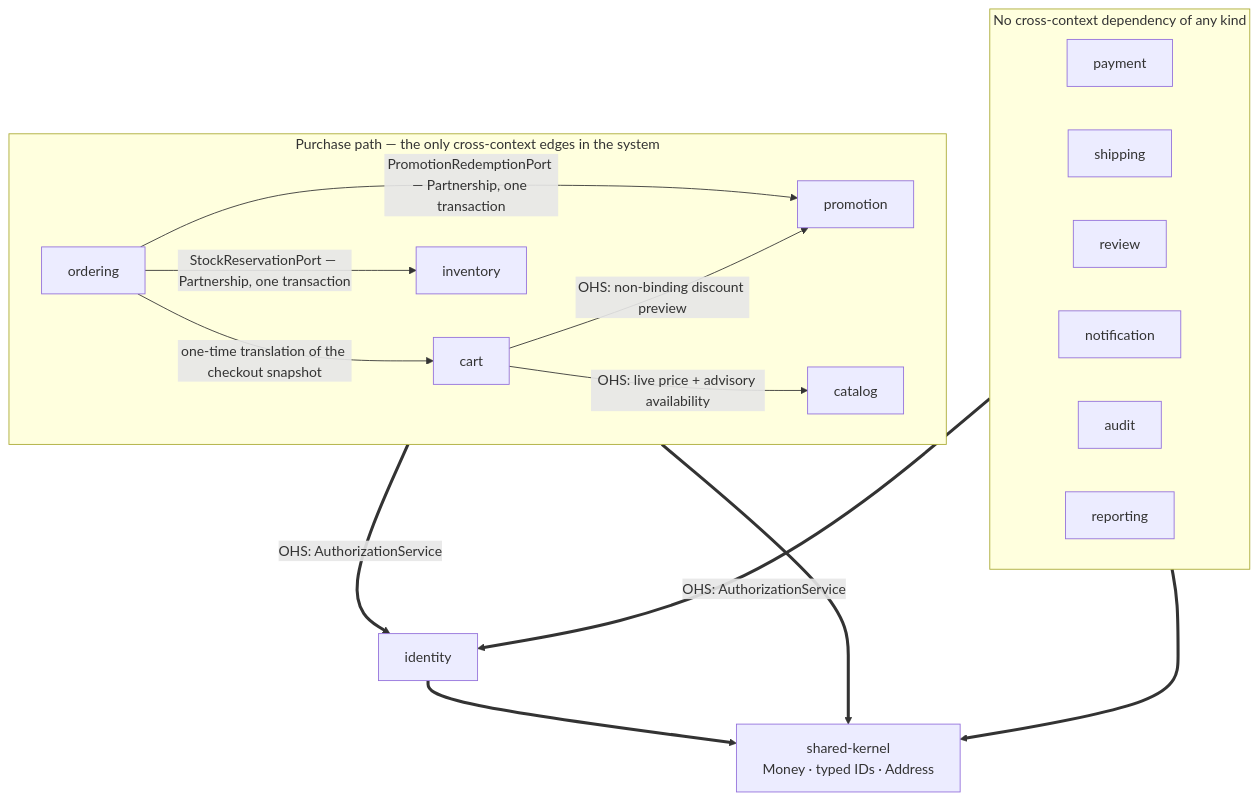
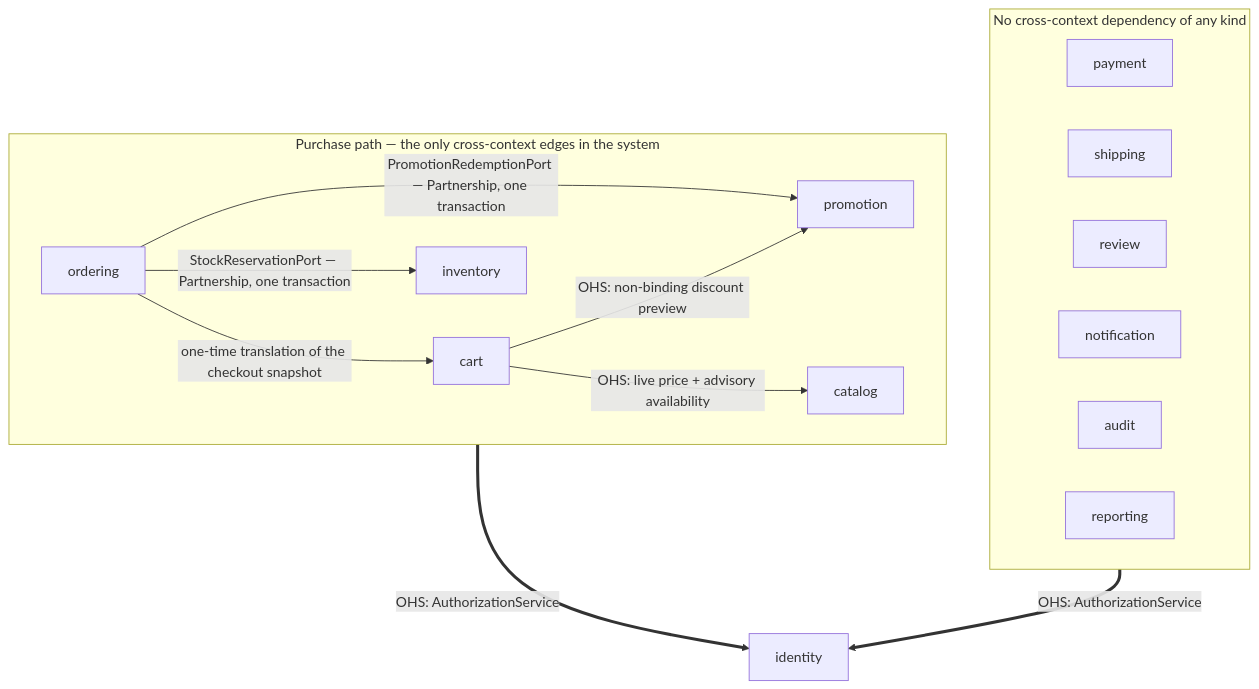
The first of 3 diagrams in SolutionArchitecture/02-backend/Module Dependency Diagram.md (phuchoang-ecommerce-org/docs), drawn with Mermaid before and after one commit. The commit also changed other lines of this file and 2 other files, not shown here.

````diff
--- a/SolutionArchitecture/02-backend/Module Dependency Diagram.md
+++ b/SolutionArchitecture/02-backend/Module Dependency Diagram.md
@@ -77,32 +93,29 @@
 ```mermaid
 flowchart TB
     subgraph Purchase["Purchase path — the only cross-context edges in the system"]
         ordering["ordering"]
         cart["cart"]
         catalog["catalog"]
         inventory["inventory"]
         promotion["promotion"]
     end
 
     subgraph Autonomous["No cross-context dependency of any kind"]
         payment["payment"]
         shipping["shipping"]
         review["review"]
         notification["notification"]
         audit["audit"]
         reporting["reporting"]
     end
 
     ordering -->|"one-time translation of the checkout snapshot"| cart
     ordering -->|"StockReservationPort — Partnership, one transaction"| inventory
     ordering -->|"PromotionRedemptionPort — Partnership, one transaction"| promotion
     cart -->|"OHS: live price + advisory availability"| catalog
     cart -->|"OHS: non-binding discount preview"| promotion
 
     Purchase ==>|"OHS: AuthorizationService"| identity["identity"]
     Autonomous ==>|"OHS: AuthorizationService"| identity
 
-    identity ==> kernel["shared-kernel<br/>Money · typed IDs · Address"]
-    Purchase ==> kernel
-    Autonomous ==> kernel
 ```
````
